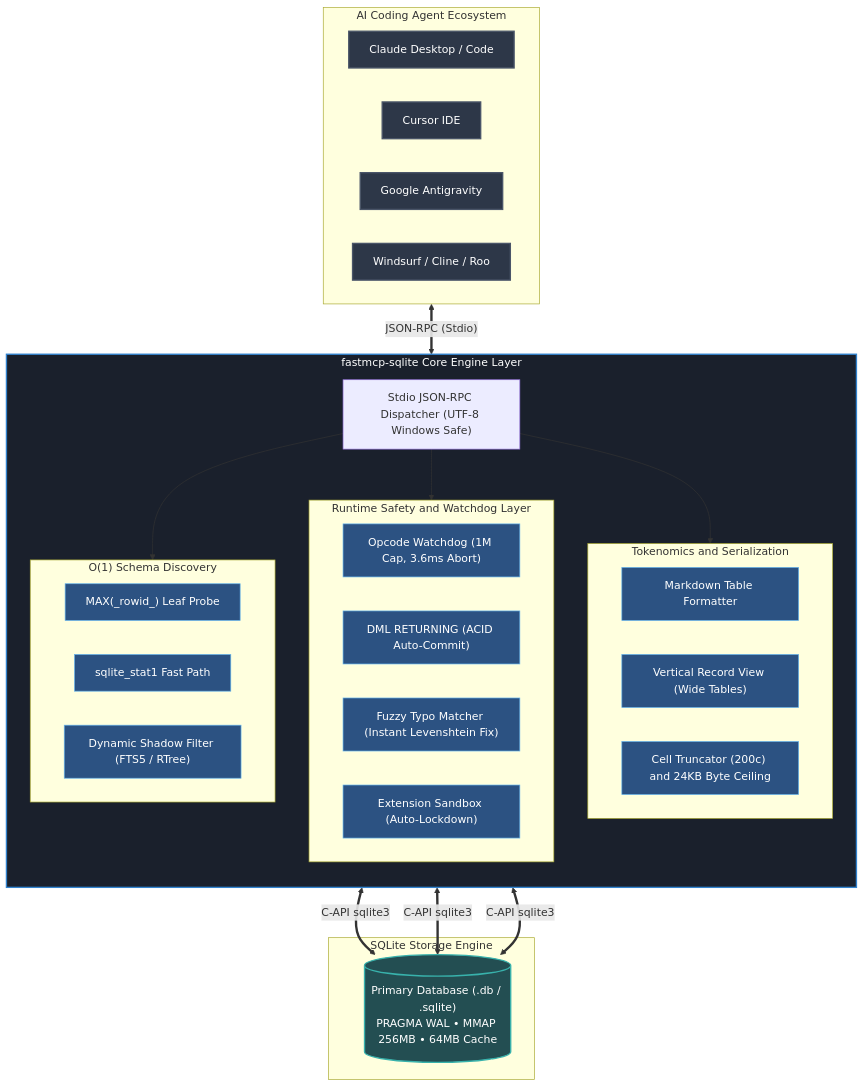
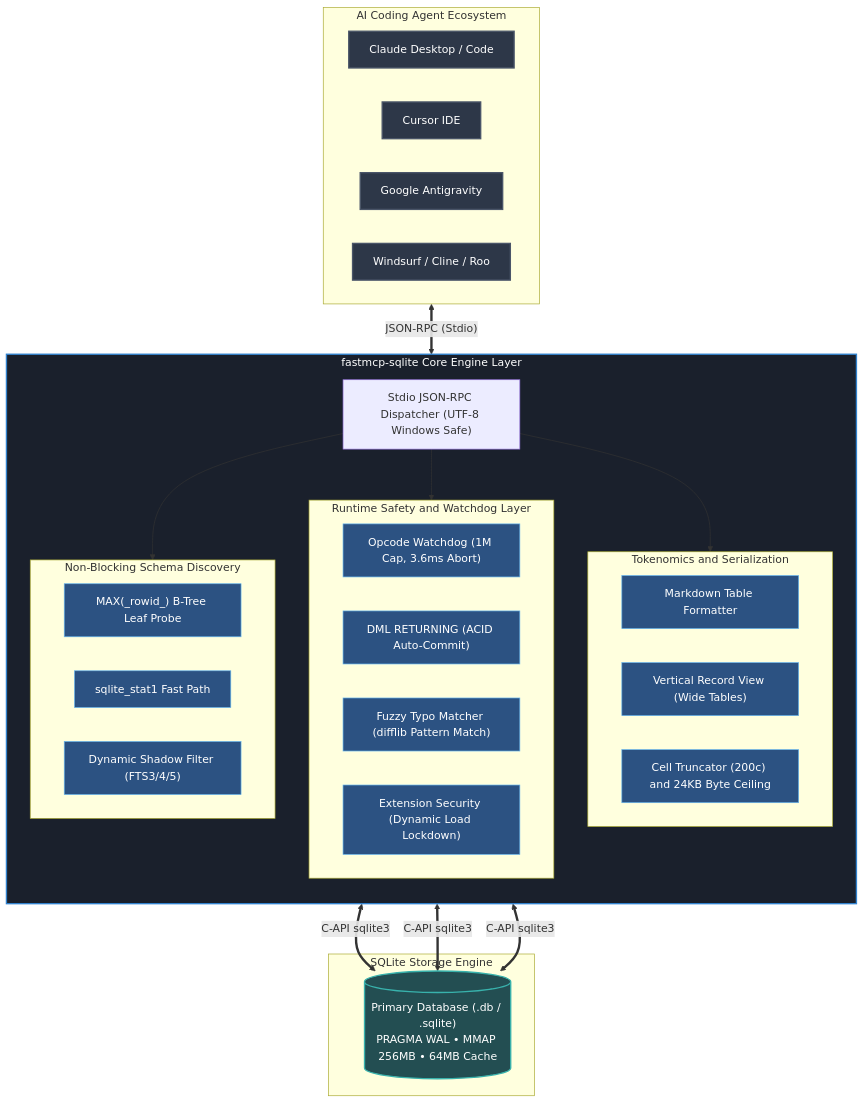
One commit to kenb38291-tech/fastmcp-sqlite changed the diagram in README.md. Above: the diagram before and after it, drawn with Mermaid. The commit also changed other lines of this file and 25 other files, not shown here.

````diff
--- a/README.md
+++ b/README.md
@@ -290,54 +298,54 @@
 ```mermaid
 flowchart TD
     subgraph Clients["AI Coding Agent Ecosystem"]
         direction LR
         C1["Claude Desktop / Code"]
         C2["Cursor IDE"]
         C3["Google Antigravity"]
         C4["Windsurf / Cline / Roo"]
     end
 
     subgraph FastMCPServer["fastmcp-sqlite Core Engine Layer"]
         direction TB
         JSONRPC["Stdio JSON-RPC Dispatcher (UTF-8 Windows Safe)"]
         
         subgraph SafetyGuards["Runtime Safety and Watchdog Layer"]
             WD["Opcode Watchdog (1M Cap, 3.6ms Abort)"]
             TX["DML RETURNING (ACID Auto-Commit)"]
-            DZ["Fuzzy Typo Matcher (Instant Levenshtein Fix)"]
-            EX["Extension Sandbox (Auto-Lockdown)"]
+            DZ["Fuzzy Typo Matcher (difflib Pattern Match)"]
+            EX["Extension Security (Dynamic Load Lockdown)"]
         end
         
         subgraph TokenEngine["Tokenomics and Serialization"]
             F1["Markdown Table Formatter"]
             F2["Vertical Record View (Wide Tables)"]
             F3["Cell Truncator (200c) and 24KB Byte Ceiling"]
         end
         
-        subgraph Discovery["O(1) Schema Discovery"]
-            P1["MAX(_rowid_) Leaf Probe"]
+        subgraph Discovery["Non-Blocking Schema Discovery"]
+            P1["MAX(_rowid_) B-Tree Leaf Probe"]
             P2["sqlite_stat1 Fast Path"]
-            P3["Dynamic Shadow Filter (FTS5 / RTree)"]
+            P3["Dynamic Shadow Filter (FTS3/4/5)"]
         end
     end
 
     subgraph SQLiteStorage["SQLite Storage Engine"]
         DB[("Primary Database (.db / .sqlite)<br/>PRAGMA WAL • MMAP 256MB • 64MB Cache")]
     end
 
     Clients <==>|"JSON-RPC (Stdio)"| JSONRPC
     JSONRPC --> SafetyGuards
     JSONRPC --> TokenEngine
     JSONRPC --> Discovery
     SafetyGuards & TokenEngine & Discovery <==>|"C-API sqlite3"| DB
 
     classDef clientStyle fill:#2d3748,stroke:#4a5568,stroke-width:2px,color:#fff;
     classDef engineStyle fill:#1a202c,stroke:#3182ce,stroke-width:2px,color:#fff;
     classDef guardStyle fill:#2c5282,stroke:#63b3ed,stroke-width:1px,color:#fff;
     classDef storeStyle fill:#234e52,stroke:#38b2ac,stroke-width:2px,color:#fff;
 
     class C1,C2,C3,C4 clientStyle;
     class FastMCPServer engineStyle;
     class WD,TX,DZ,EX,F1,F2,F3,P1,P2,P3 guardStyle;
     class DB storeStyle;
 ```
````
